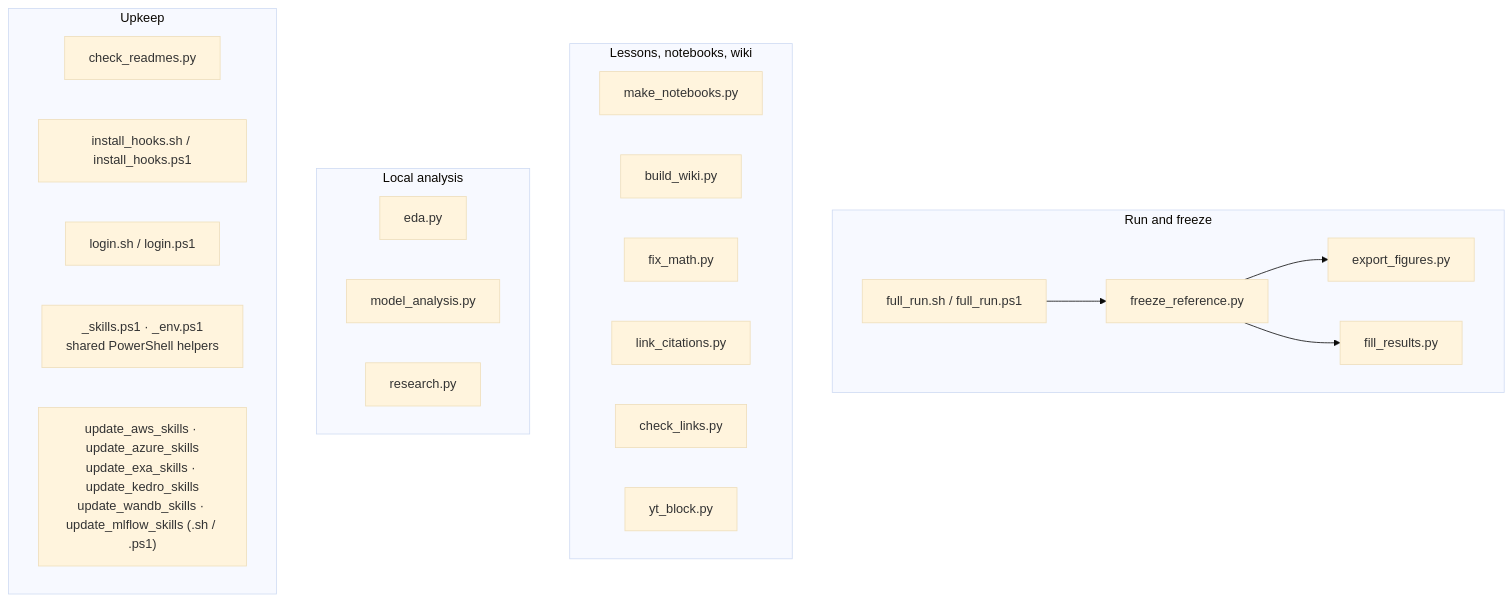
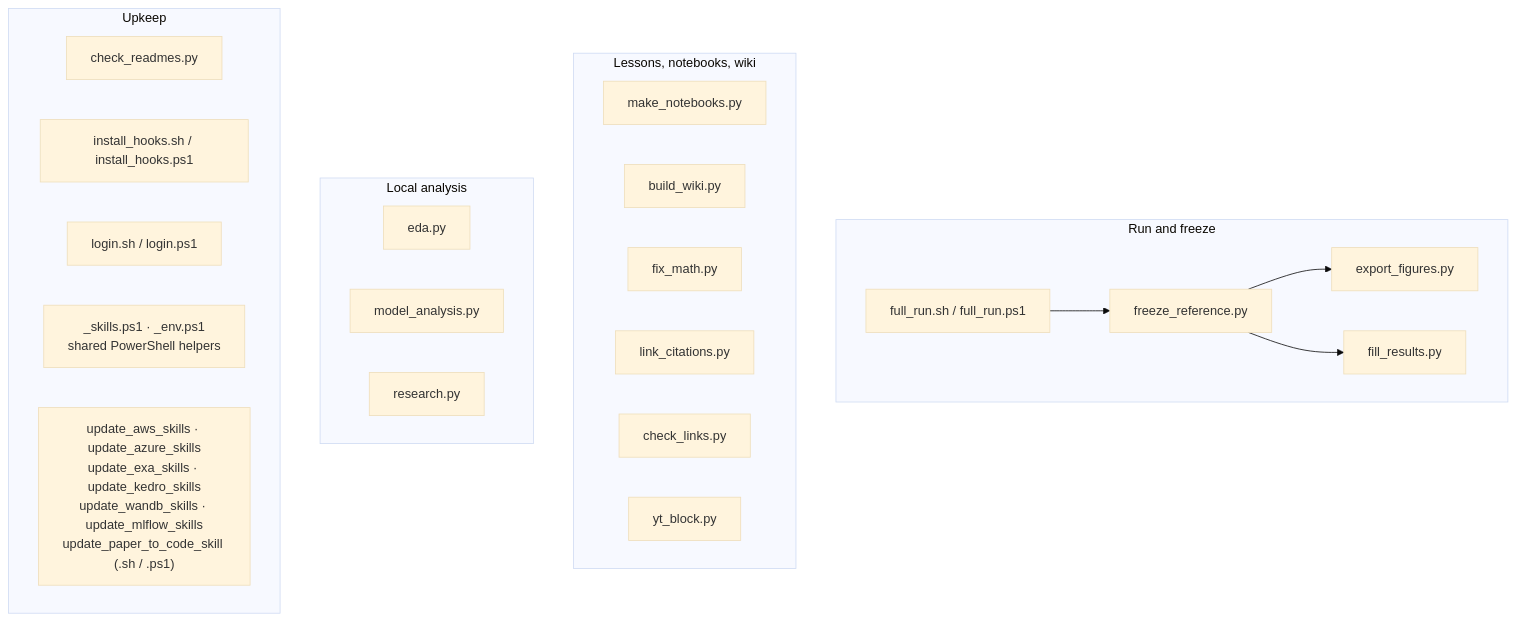
The diagram in scripts/README.md (actuarialsociety/combined-actuarial-nn), drawn with Mermaid (base theme) before and after one commit. The commit also changed other lines of this file and 11 other files, not shown here.

Commit message:
feat(skills): vendor paper-to-code and wire it into paper reproduction

````diff
--- a/scripts/README.md
+++ b/scripts/README.md
@@ -6,28 +6,28 @@
 ```mermaid
 flowchart TD
     subgraph run["Run and freeze"]
         full_run["full_run.sh / full_run.ps1"] --> freeze_reference["freeze_reference.py"]
         freeze_reference --> export_figures["export_figures.py"]
         freeze_reference --> fill_results["fill_results.py"]
     end
     subgraph content["Lessons, notebooks, wiki"]
         make_notebooks["make_notebooks.py"]
         build_wiki["build_wiki.py"]
         fix_math["fix_math.py"]
         link_citations["link_citations.py"]
         check_links["check_links.py"]
         yt_block["yt_block.py"]
     end
     subgraph analysis["Local analysis"]
         eda["eda.py"]
         model_analysis["model_analysis.py"]
         research["research.py"]
     end
     subgraph upkeep["Upkeep"]
         check_readmes["check_readmes.py"]
         install_hooks["install_hooks.sh / install_hooks.ps1"]
         login["login.sh / login.ps1"]
         shared["_skills.ps1 · _env.ps1<br/>shared PowerShell helpers"]
-        skills["update_aws_skills · update_azure_skills<br/>update_exa_skills · update_kedro_skills<br/>update_wandb_skills · update_mlflow_skills (.sh / .ps1)"]
+        skills["update_aws_skills · update_azure_skills<br/>update_exa_skills · update_kedro_skills<br/>update_wandb_skills · update_mlflow_skills<br/>update_paper_to_code_skill (.sh / .ps1)"]
     end
 ```
````
